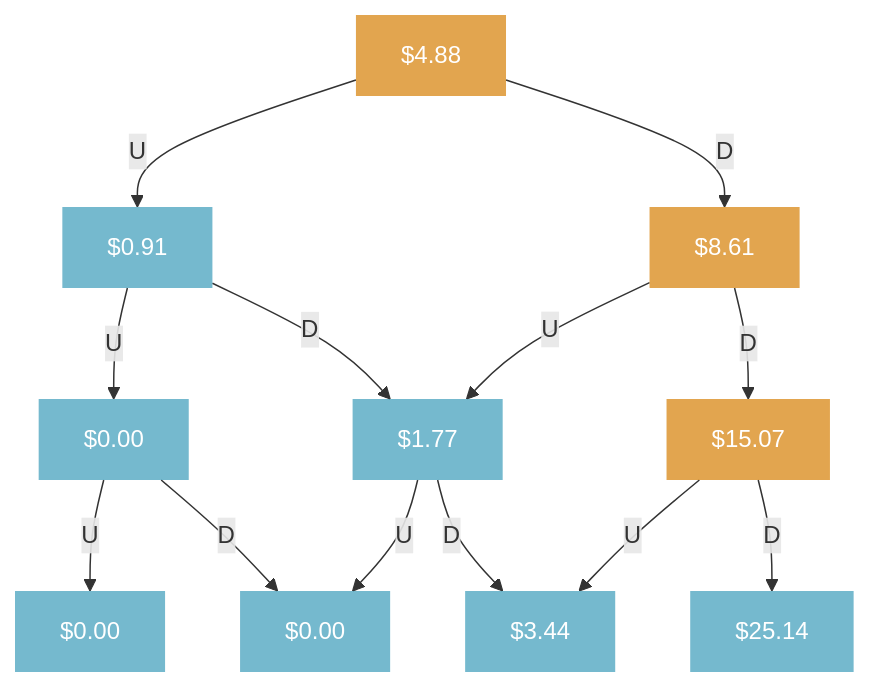
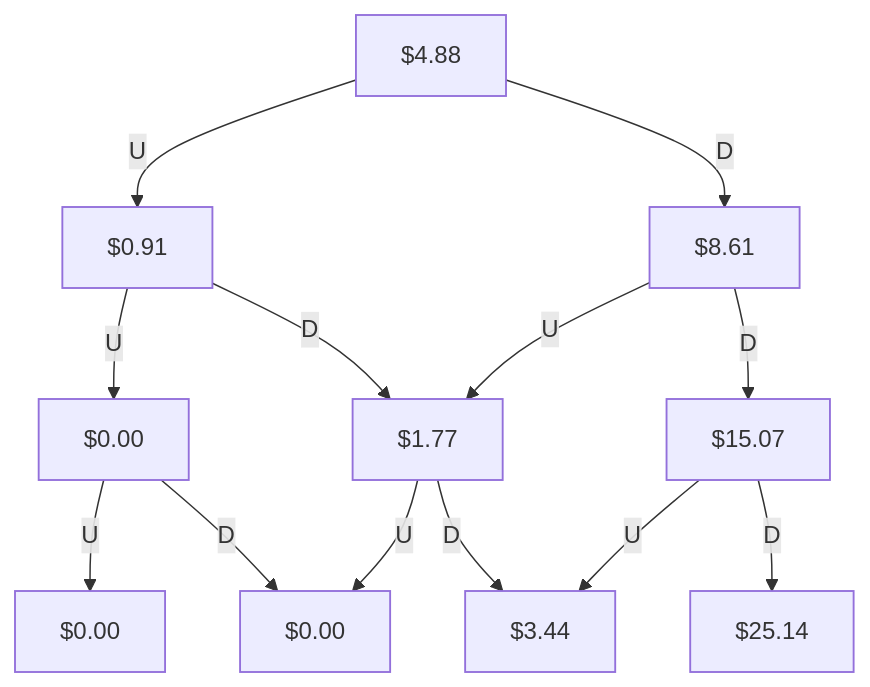
The fifth of 5 diagrams in _pages/articles/binomial-trees.md (JerBouma/jerbouma.github.io), drawn with Mermaid before and after one commit. The commit also changed other lines of this file and 6 other files, not shown here.

First line of the commit message:
Diagrams that match the site: card-style nodes, sequence diagrams for step flows (#145)

```diff
--- a/_pages/articles/binomial-trees.md
+++ b/_pages/articles/binomial-trees.md
@@ -245,17 +245,17 @@
 <div class="mermaid">
 flowchart TD;
-classDef boxfont fill:#3b9cba,stroke-width:0px,fill-opacity:0.7,color:white,radius:20px;
-classDef highlightfont fill:#d67f05,stroke-width:0px,fill-opacity:0.7,color:white,radius:20px;
+classDef boxfont stroke-width:1.25px;
+classDef highlightfont stroke-width:1.25px;
 Step0["$4.88"]:::highlightfont -- U --> Step1["$0.91"]:::boxfont
 Step0["$4.88"] -- D --> Step2["$8.61"]:::highlightfont
 Step1["$0.91"] -- U --> Step3["$0.00"]:::boxfont
 Step1["$0.91"] -- D --> Step4["$1.77"]:::boxfont
 Step2["$8.61"] -- U --> Step4["$1.77"]
 Step2["$8.61"] -- D --> Step5["$15.07"]:::highlightfont
 Step3["$0.00"] -- U --> Step6["$0.00"]:::boxfont
 Step3["$0.00"] -- D --> Step7["$0.00"]:::boxfont
 Step4["$1.77"] -- U --> Step7["$0.00"]
 Step4["$1.77"] -- D --> Step8["$3.44"]:::boxfont
 Step5["$15.07"] -- U --> Step8["$3.44"]
 Step5["$15.07"] -- D --> Step9["$25.14"]:::boxfont
 </div>
```
